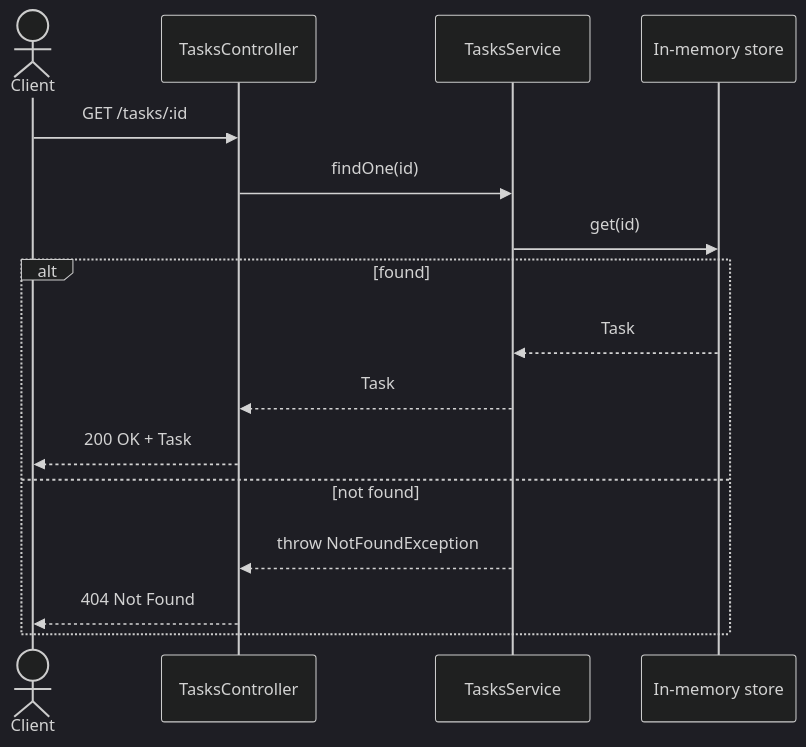
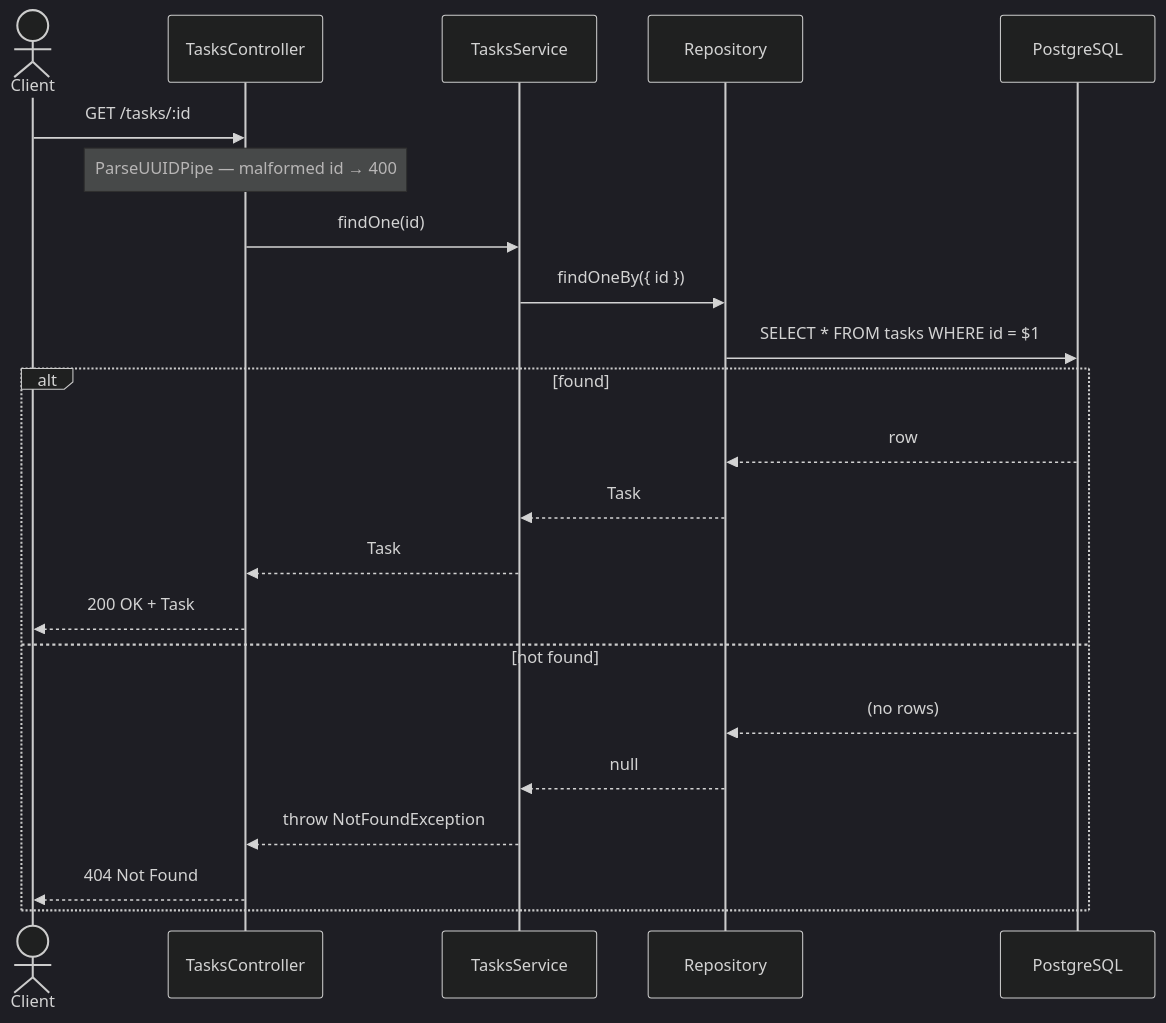
The third of 4 diagrams in docs/architecture.md (AnaMuraya/conveyor), drawn with Mermaid (dark theme) before and after one commit. The commit also changed other lines of this file and 20 other files, not shown here.

First line of the commit message:
feat: persist tasks in PostgreSQL via TypeORM

````diff
--- a/docs/architecture.md
+++ b/docs/architecture.md
@@ -65,19 +75,25 @@
 ```mermaid
 sequenceDiagram
   actor Client
   participant C as TasksController
   participant S as TasksService
-  participant M as In-memory store
+  participant R as Repository
+  participant DB as PostgreSQL
 
   Client->>C: GET /tasks/:id
+  Note over C: ParseUUIDPipe — malformed id → 400
   C->>S: findOne(id)
-  S->>M: get(id)
+  S->>R: findOneBy({ id })
+  R->>DB: SELECT * FROM tasks WHERE id = $1
   alt found
-    M-->>S: Task
+    DB-->>R: row
+    R-->>S: Task
     S-->>C: Task
     C-->>Client: 200 OK + Task
   else not found
+    DB-->>R: (no rows)
+    R-->>S: null
     S-->>C: throw NotFoundException
     C-->>Client: 404 Not Found
   end
 ```
````
